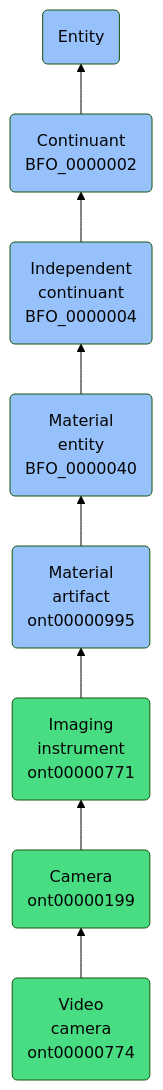
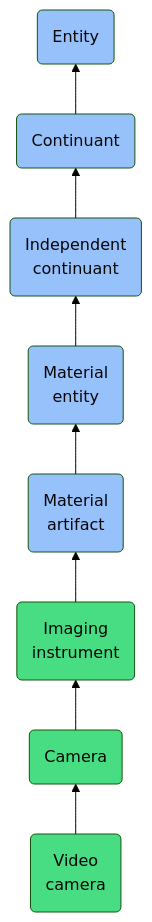
Before and after one commit to jupyter-naas/abi: the diagram in docs/ontology/reference/model/Entity/Continuant/Independent continuant/Material entity/Material artifact/Imaging instrument/Camera/Video camera/Video camera.md, drawn with Mermaid (forest theme). The commit also changed other lines of this file and 1430 other files, not shown here.

````diff
--- a/docs/ontology/reference/model/Entity/Continuant/Independent continuant/Material entity/Material artifact/Imaging instrument/Camera/Video camera/Video camera.md
+++ b/docs/ontology/reference/model/Entity/Continuant/Independent continuant/Material entity/Material artifact/Imaging instrument/Camera/Video camera/Video camera.md
@@ -24,15 +24,15 @@
 ```mermaid
 graph BT
-    ont00000774(Video<br>camera<br>ont00000774):::ABI-->ont00000199
-    ont00000199(Camera<br>ont00000199):::ABI-->ont00000771
-    ont00000771(Imaging<br>instrument<br>ont00000771):::ABI-->ont00000995
-    ont00000995(Material<br>artifact<br>ont00000995):::BFO-->BFO_0000040
-    BFO_0000040(Material<br>entity<br>BFO_0000040):::BFO-->BFO_0000004
-    BFO_0000004(Independent<br>continuant<br>BFO_0000004):::BFO-->BFO_0000002
-    BFO_0000002(Continuant<br>BFO_0000002):::BFO-->BFO_0000001
+    ont00000774(Video<br>camera):::ABI-->ont00000199
+    ont00000199(Camera):::ABI-->ont00000771
+    ont00000771(Imaging<br>instrument):::ABI-->ont00000995
+    ont00000995(Material<br>artifact):::BFO-->BFO_0000040
+    BFO_0000040(Material<br>entity):::BFO-->BFO_0000004
+    BFO_0000004(Independent<br>continuant):::BFO-->BFO_0000002
+    BFO_0000002(Continuant):::BFO-->BFO_0000001
     BFO_0000001(Entity):::BFO
     
     classDef BFO fill:#97c1fb,color:#060606
     classDef CCO fill:#e4c51e,color:#060606
     classDef ABI fill:#48DD82,color:#060606
 ```
````
